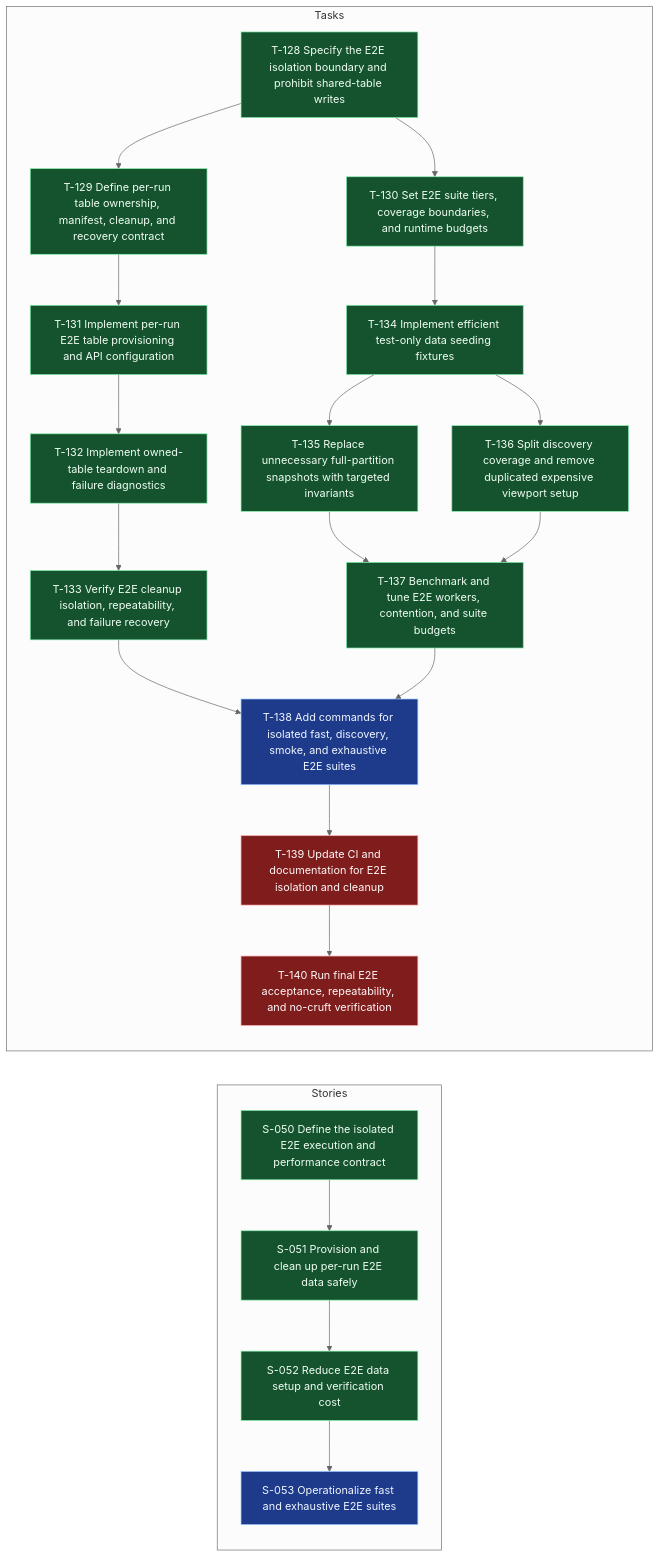
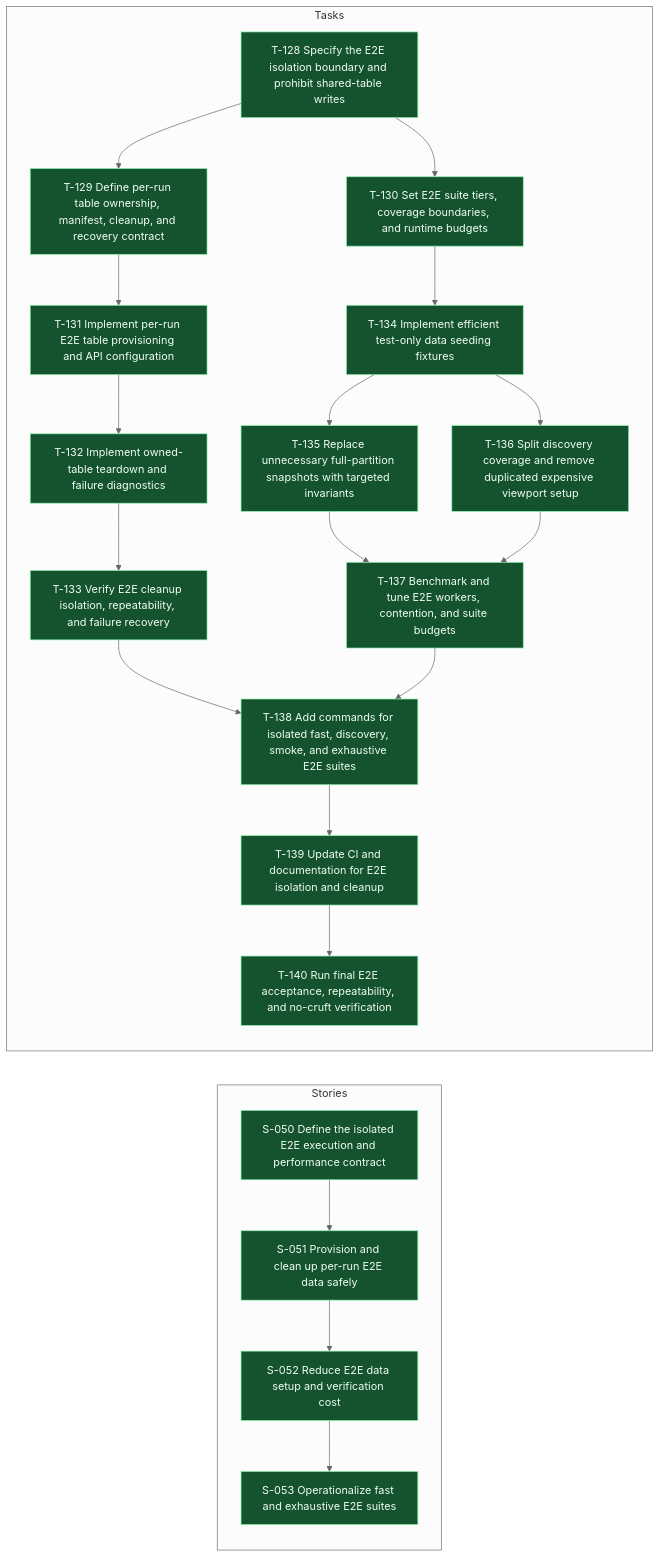
One commit to andybalham/invite-agent changed the diagram in .worktracker/graphs/E-014.mmd. Above: the diagram before and after it, drawn with Mermaid (neutral theme). The commit also changed 24 other files, not shown here.

```diff
--- a/.worktracker/graphs/E-014.mmd
+++ b/.worktracker/graphs/E-014.mmd
@@ -1,61 +1,61 @@
 graph LR
   classDef done fill:#14532d,stroke:#86efac,color:#f0fdf4;
   classDef blocked fill:#7f1d1d,stroke:#fca5a5,color:#fff7f7;
   classDef inprogress fill:#78350f,stroke:#fbbf24,color:#fffbeb;
   classDef todo fill:#1e3a8a,stroke:#93c5fd,color:#eff6ff;
   classDef empty fill:#374151,stroke:#d1d5db,color:#f9fafb,stroke-dasharray: 3 3;
   subgraph Stories
     S050["S-050 Define the isolated E2E execution and performance contract"]:::done
     S051["S-051 Provision and clean up per-run E2E data safely"]:::done
     S052["S-052 Reduce E2E data setup and verification cost"]:::done
-    S053["S-053 Operationalize fast and exhaustive E2E suites"]:::todo
+    S053["S-053 Operationalize fast and exhaustive E2E suites"]:::done
     S050 --> S051
     S051 --> S052
     S052 --> S053
   end
   subgraph Tasks
     T128["T-128 Specify the E2E isolation boundary and prohibit shared-table writes"]:::done
     T129["T-129 Define per-run table ownership, manifest, cleanup, and recovery contract"]:::done
     T130["T-130 Set E2E suite tiers, coverage boundaries, and runtime budgets"]:::done
     T131["T-131 Implement per-run E2E table provisioning and API configuration"]:::done
     T132["T-132 Implement owned-table teardown and failure diagnostics"]:::done
     T133["T-133 Verify E2E cleanup isolation, repeatability, and failure recovery"]:::done
     T134["T-134 Implement efficient test-only data seeding fixtures"]:::done
     T135["T-135 Replace unnecessary full-partition snapshots with targeted invariants"]:::done
     T136["T-136 Split discovery coverage and remove duplicated expensive viewport setup"]:::done
     T137["T-137 Benchmark and tune E2E workers, contention, and suite budgets"]:::done
-    T138["T-138 Add commands for isolated fast, discovery, smoke, and exhaustive E2E suites"]:::todo
-    T139["T-139 Update CI and documentation for E2E isolation and cleanup"]:::blocked
-    T140["T-140 Run final E2E acceptance, repeatability, and no-cruft verification"]:::blocked
+    T138["T-138 Add commands for isolated fast, discovery, smoke, and exhaustive E2E suites"]:::done
+    T139["T-139 Update CI and documentation for E2E isolation and cleanup"]:::done
+    T140["T-140 Run final E2E acceptance, repeatability, and no-cruft verification"]:::done
     T128 --> T129
     T128 --> T130
     T129 --> T131
     T130 --> T134
     T131 --> T132
     T132 --> T133
     T133 --> T138
     T134 --> T135
     T134 --> T136
     T135 --> T137
     T136 --> T137
     T137 --> T138
     T138 --> T139
     T139 --> T140
   end
   click S050 "../entities/S-050-define-the-isolated-e2e-execution-and-performance-contract.md"
   click S051 "../entities/S-051-provision-and-clean-up-per-run-e2e-data-safely.md"
   click S052 "../entities/S-052-reduce-e2e-data-setup-and-verification-cost.md"
   click S053 "../entities/S-053-operationalize-fast-and-exhaustive-e2e-suites.md"
   click T128 "../entities/T-128-specify-the-e2e-isolation-boundary-and-prohibit-shared-table-writes.md"
   click T129 "../entities/T-129-define-per-run-table-ownership-manifest-cleanup-and-recovery-contract.md"
   click T130 "../entities/T-130-set-e2e-suite-tiers-coverage-boundaries-and-runtime-budgets.md"
   click T131 "../entities/T-131-implement-per-run-e2e-table-provisioning-and-api-configuration.md"
   click T132 "../entities/T-132-implement-owned-table-teardown-and-failure-diagnostics.md"
   click T133 "../entities/T-133-verify-e2e-cleanup-isolation-repeatability-and-failure-recovery.md"
   click T134 "../entities/T-134-implement-efficient-test-only-data-seeding-fixtures.md"
   click T135 "../entities/T-135-replace-unnecessary-full-partition-snapshots-with-targeted-invariants.md"
   click T136 "../entities/T-136-split-discovery-coverage-and-remove-duplicated-expensive-viewport-setup.md"
   click T137 "../entities/T-137-benchmark-and-tune-e2e-workers-contention-and-suite-budgets.md"
   click T138 "../entities/T-138-add-commands-for-isolated-fast-discovery-smoke-and-exhaustive-e2e-suites.md"
   click T139 "../entities/T-139-update-ci-and-documentation-for-e2e-isolation-and-cleanup.md"
   click T140 "../entities/T-140-run-final-e2e-acceptance-repeatability-and-no-cruft-verification.md"
```
